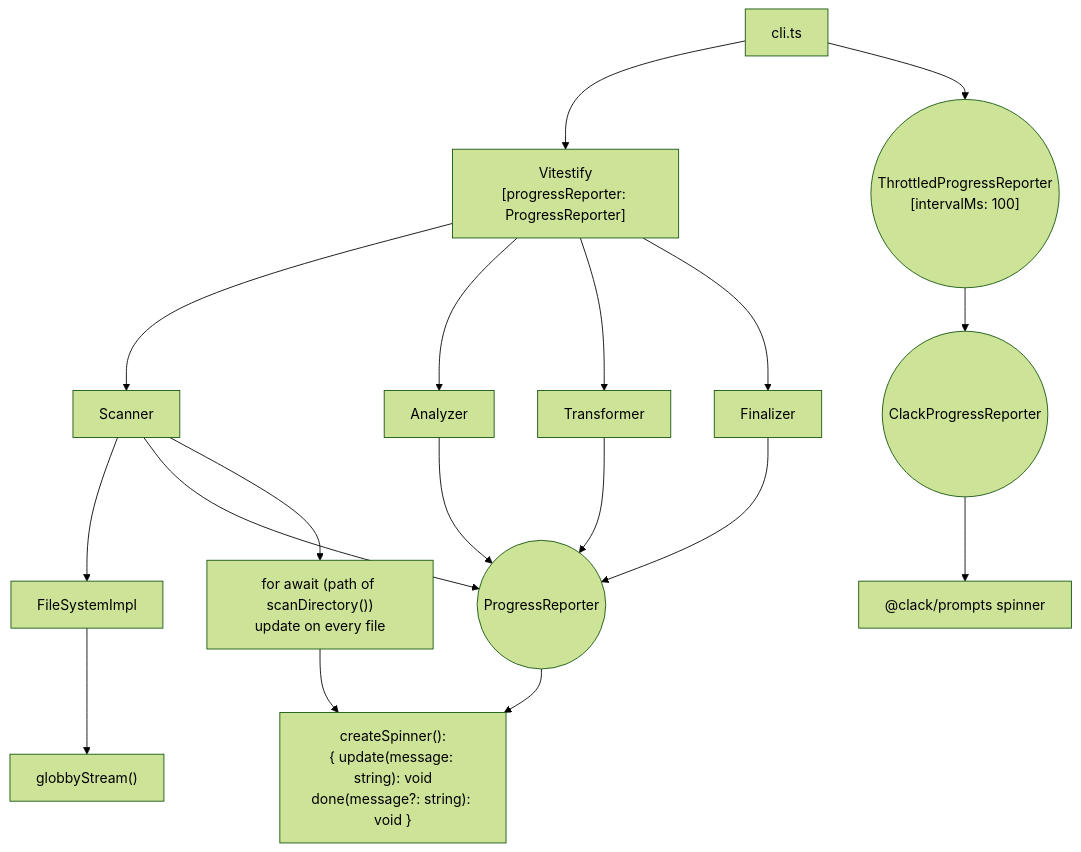
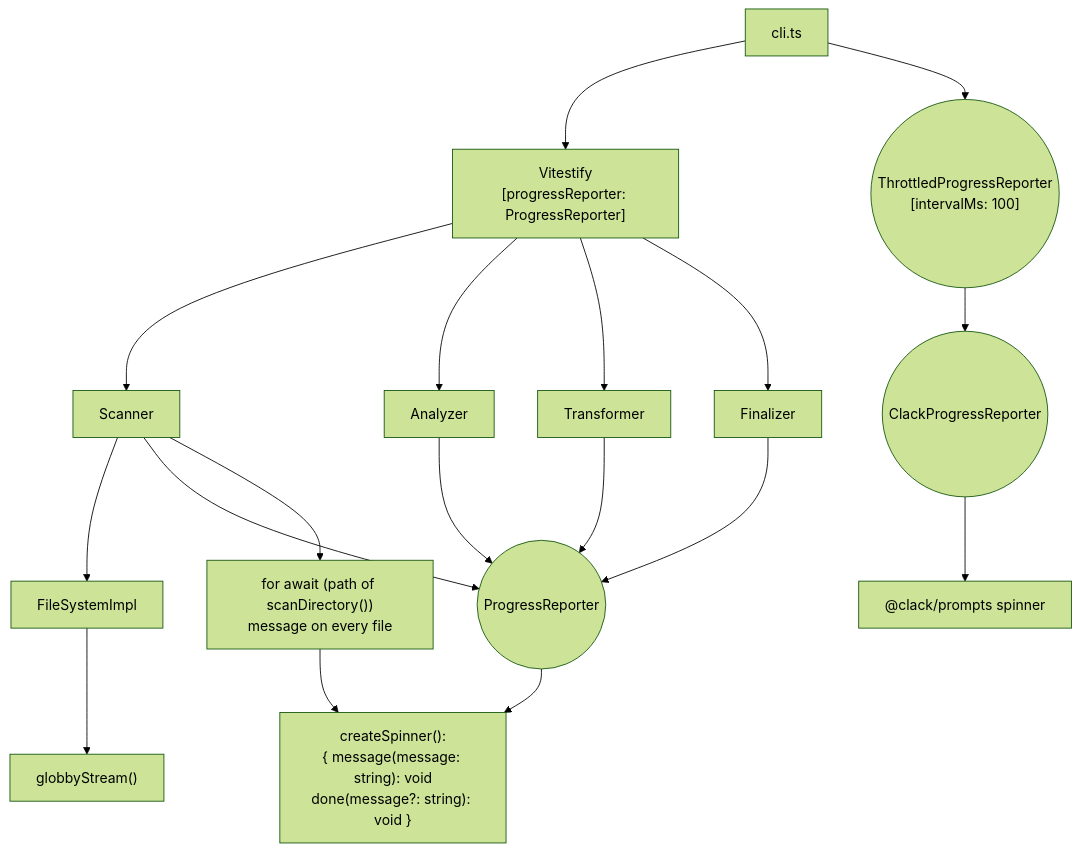
Before and after one commit to testmex/testmex: the first of 2 diagrams in design-docs/002-cli-progress-reporting.md, drawn with Mermaid (forest theme). The commit also changed other lines of this file and 5 other files, not shown here.

First line of the commit message:
refactor: 🛠️ rename ProgressSpinner update() to message()

````diff
--- a/design-docs/002-cli-progress-reporting.md
+++ b/design-docs/002-cli-progress-reporting.md
@@ -45,25 +45,25 @@
 ```mermaid
 flowchart TD
   cli["cli.ts"] --> vitestify["Vitestify<br>[progressReporter: ProgressReporter]"]
   vitestify --> scanner["Scanner"]
   vitestify --> analyzer["Analyzer"]
   vitestify --> transformer["Transformer"]
   vitestify --> finalizer["Finalizer"]
 
   cli --> throttledReporter(("ThrottledProgressReporter<br>[intervalMs: 100]"))
   throttledReporter --> clackReporter(("ClackProgressReporter"))
   clackReporter --> clackSpinner["@clack/prompts spinner"]
 
   scanner --> fsImpl["FileSystemImpl"]
   fsImpl --> globbyStream["globbyStream()"]
   scanner --> reporterPort(("ProgressReporter"))
 
   analyzer --> reporterPort
   transformer --> reporterPort
   finalizer --> reporterPort
 
-  reporterPort --> createSpinner["createSpinner():<br>{ update(message: string): void<br>done(message?: string): void }"]
+  reporterPort --> createSpinner["createSpinner():<br>{ message(message: string): void<br>done(message?: string): void }"]
 
-  scanner --> scanLoop["for await (path of scanDirectory())<br>update on every file"]
+  scanner --> scanLoop["for await (path of scanDirectory())<br>message on every file"]
   scanLoop --> createSpinner
 ```
````
